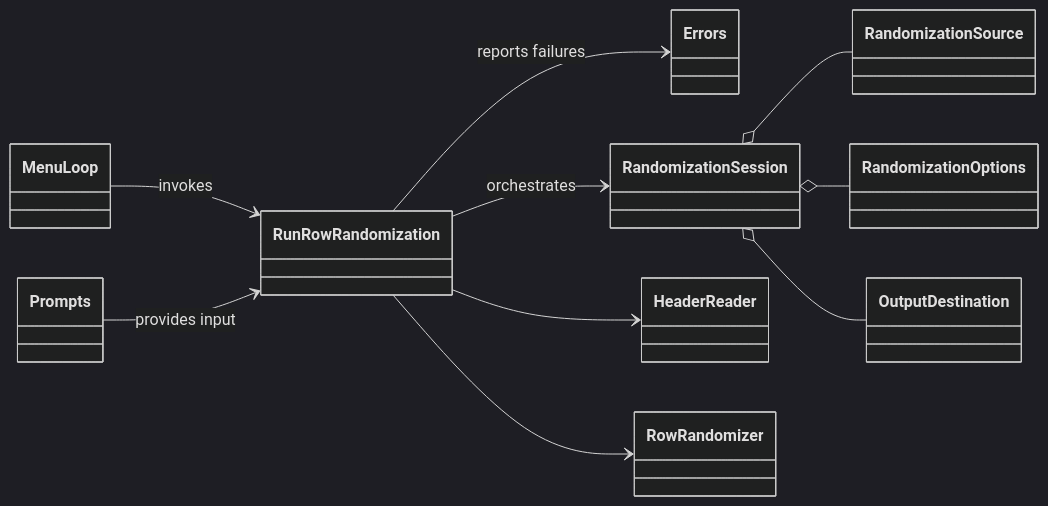
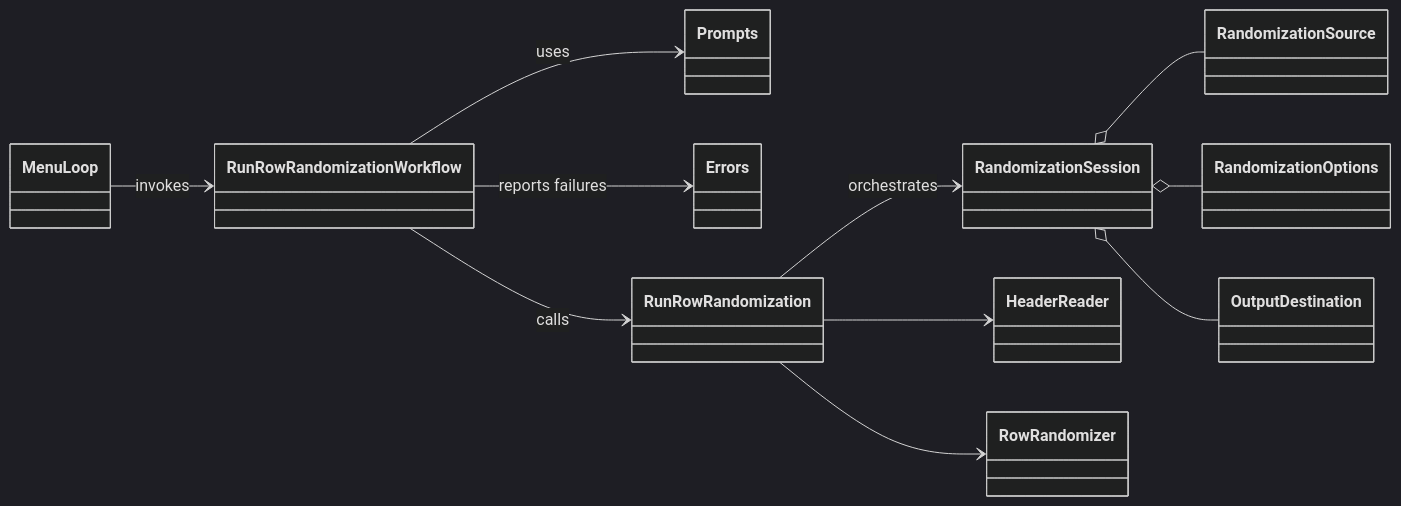
The third of 4 diagrams in docs/architecture.md (RobertAndrewHall/csvops), drawn with Mermaid (dark theme) before and after one commit. The commit also changed other lines of this file and 1 other file, not shown here.

Commit message:
Document standardized CLI workflow boundary across domains

````diff
--- a/docs/architecture.md
+++ b/docs/architecture.md
@@ -160,24 +169,26 @@
 ```mermaid
 classDiagram
   direction LR
   class MenuLoop
+  class RunRowRandomizationWorkflow
   class Prompts
   class Errors
   class RunRowRandomization
   class RandomizationSession
   class RandomizationSource
   class RandomizationOptions
   class OutputDestination
   class HeaderReader
   class RowRandomizer
 
-  MenuLoop --> RunRowRandomization : invokes
-  Prompts --> RunRowRandomization : provides input
-  RunRowRandomization --> Errors : reports failures
+  MenuLoop --> RunRowRandomizationWorkflow : invokes
+  RunRowRandomizationWorkflow --> Prompts : uses
+  RunRowRandomizationWorkflow --> Errors : reports failures
+  RunRowRandomizationWorkflow --> RunRowRandomization : calls
   RunRowRandomization --> RandomizationSession : orchestrates
   RandomizationSession o-- RandomizationSource
   RandomizationSession o-- RandomizationOptions
   RandomizationSession o-- OutputDestination
   RunRowRandomization --> HeaderReader
   RunRowRandomization --> RowRandomizer
 ```
````
